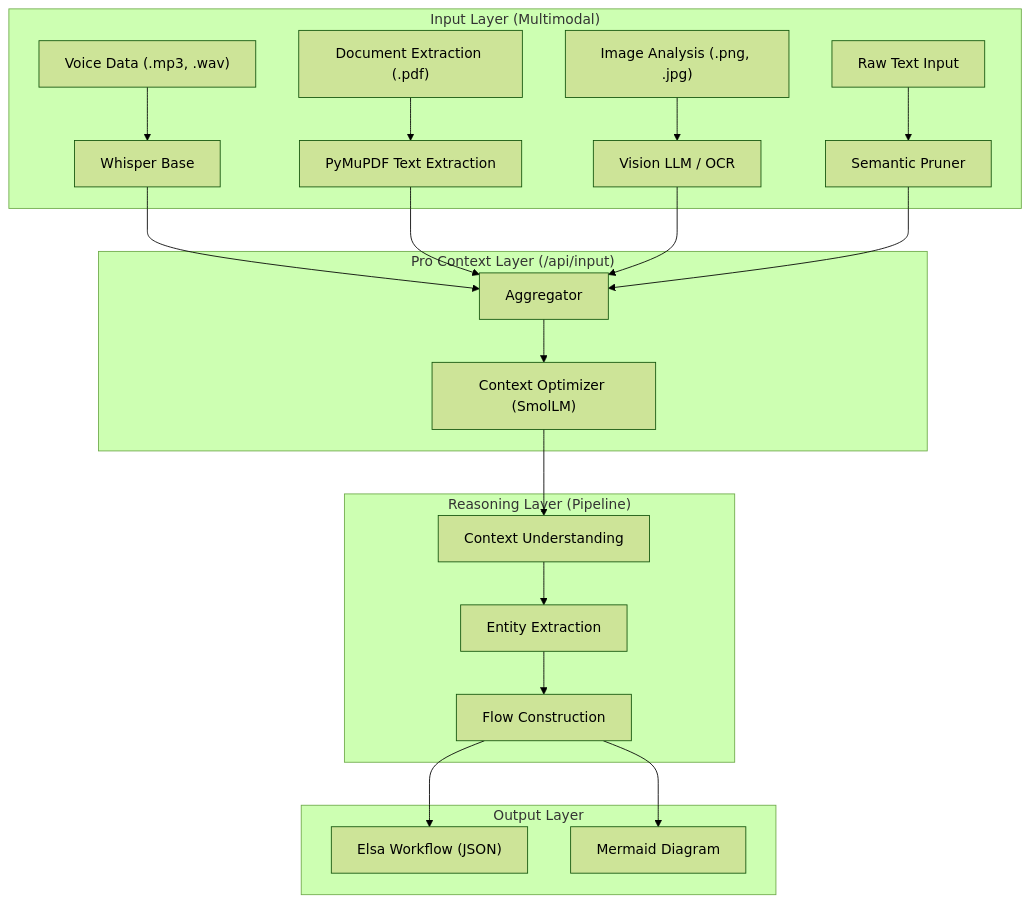
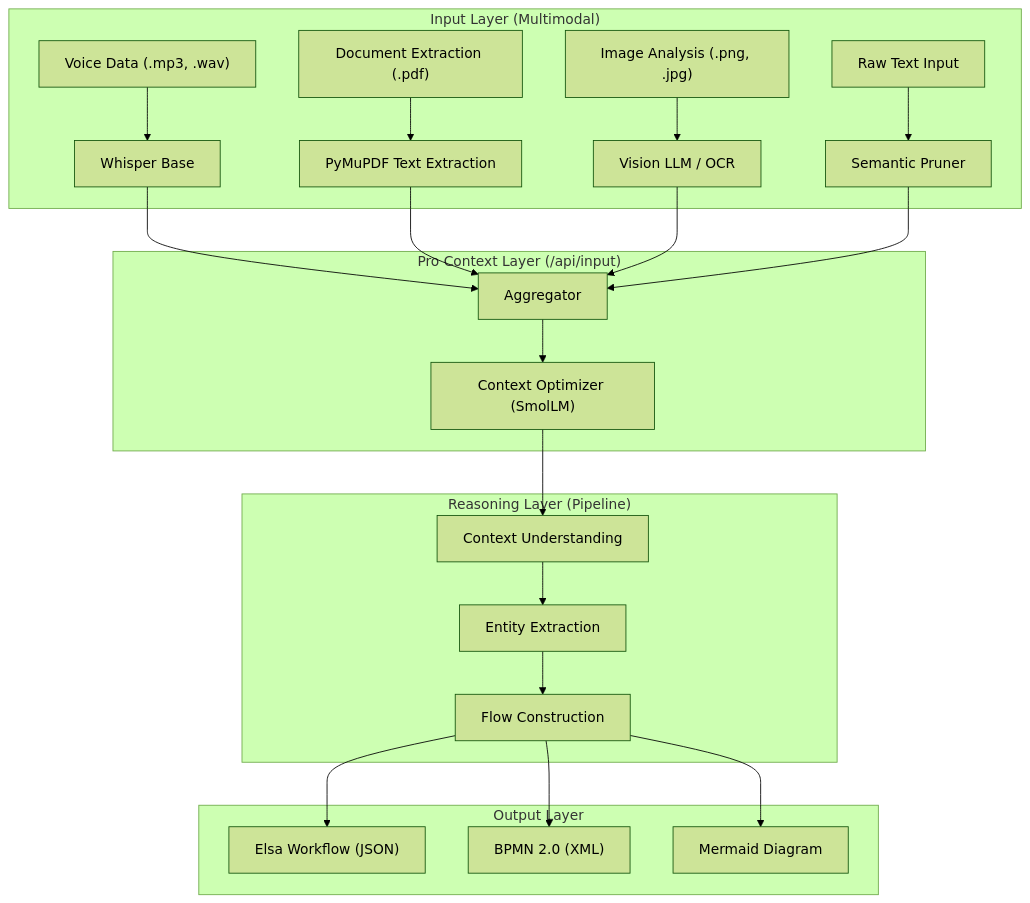
One commit to aup-hackathon/ai-flou2flow changed the diagram in docs/architecture.md. Above: the diagram before and after it, drawn with Mermaid (forest theme). The commit also changed 6 other files, not shown here.

````diff
--- a/docs/architecture.md
+++ b/docs/architecture.md
@@ -9,28 +9,29 @@
 ```mermaid
 graph TD
     subgraph "Input Layer (Multimodal)"
         Voice["Voice Data (.mp3, .wav)"] --> Whisper[Whisper Base]
         PDF["Document Extraction (.pdf)"] --> PyMuPDF[PyMuPDF Text Extraction]
         Image["Image Analysis (.png, .jpg)"] --> Vision[Vision LLM / OCR]
         RawText["Raw Text Input"] --> Pruning[Semantic Pruner]
     end
 
     subgraph "Pro Context Layer (/api/input)"
         Whisper --> Aggregator
         PyMuPDF --> Aggregator
         Vision --> Aggregator
         Pruning --> Aggregator
         Aggregator --> Optimizer["Context Optimizer (SmolLM)"]
     end
 
     subgraph "Reasoning Layer (Pipeline)"
         Optimizer --> Context["Context Understanding"]
         Context --> Entities["Entity Extraction"]
         Entities --> Flow["Flow Construction"]
     end
 
     subgraph "Output Layer"
         Flow --> Elsa["Elsa Workflow (JSON)"]
+        Flow --> BPMN["BPMN 2.0 (XML)"]
         Flow --> Mermaid["Mermaid Diagram"]
     end
 ```
````
